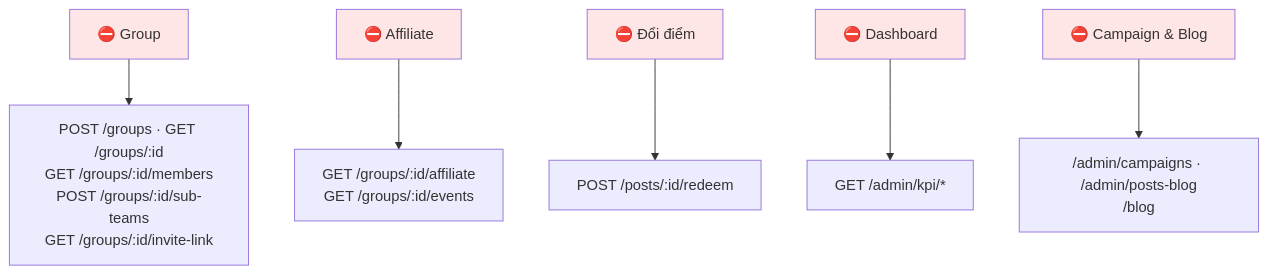
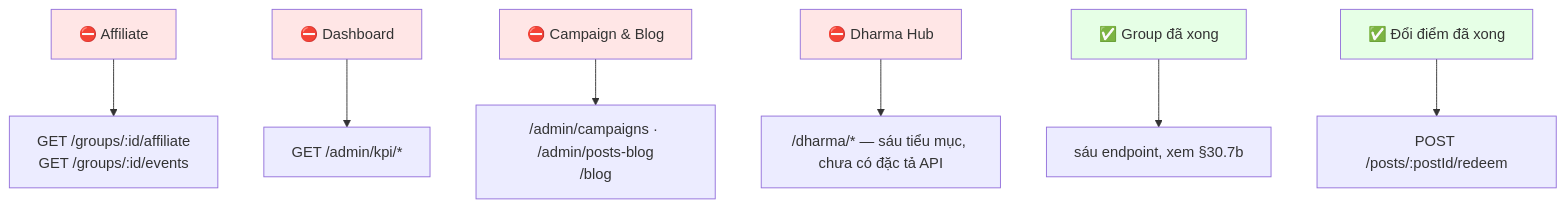
The second of 2 diagrams in docs/diagram/30-endpoint-matrix.md (fdshn/trueheart), drawn with Mermaid before and after one commit. The commit also changed other lines of this file and 20 other files, not shown here.

First line of the commit message:
feat(group): link mời, danh sách thành viên, sub-team và phép xếp người vào tổ (F53/F54)

````diff
--- a/docs/diagram/30-endpoint-matrix.md
+++ b/docs/diagram/30-endpoint-matrix.md
@@ -123,14 +137,17 @@
 ```mermaid
 flowchart TD
-    A["⛔ Group"] --> A1["POST /groups · GET /groups/:id<br/>GET /groups/:id/members<br/>POST /groups/:id/sub-teams<br/>GET /groups/:id/invite-link"]
     B["⛔ Affiliate"] --> B1["GET /groups/:id/affiliate<br/>GET /groups/:id/events"]
-    C["⛔ Đổi điểm"] --> C1["POST /posts/:id/redeem"]
     D["⛔ Dashboard"] --> D1["GET /admin/kpi/*"]
     E["⛔ Campaign & Blog"] --> E1["/admin/campaigns · /admin/posts-blog<br/>/blog"]
+    F["⛔ Dharma Hub"] --> F1["/dharma/* — sáu tiểu mục, chưa có đặc tả API"]
 
-    style A fill:#ffe6e6
+    A["✅ Group đã xong"] --> A1["sáu endpoint, xem §30.7b"]
+    C["✅ Đổi điểm đã xong"] --> C1["POST /posts/:postId/redeem"]
+
+    style A fill:#e6ffe6
+    style C fill:#e6ffe6
     style B fill:#ffe6e6
-    style C fill:#ffe6e6
     style D fill:#ffe6e6
     style E fill:#ffe6e6
+    style F fill:#ffe6e6
 ```
````
